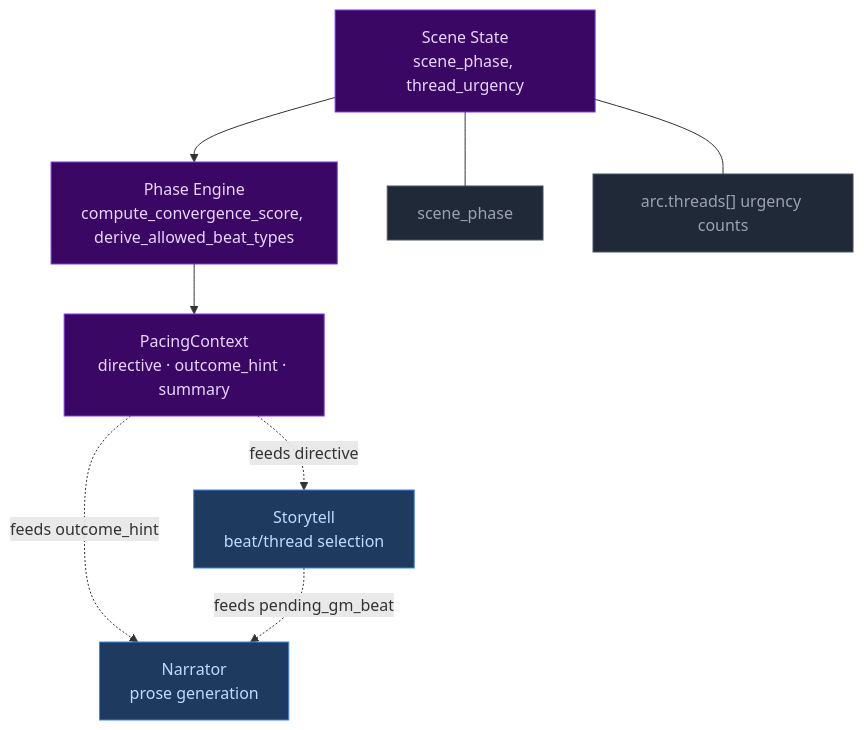
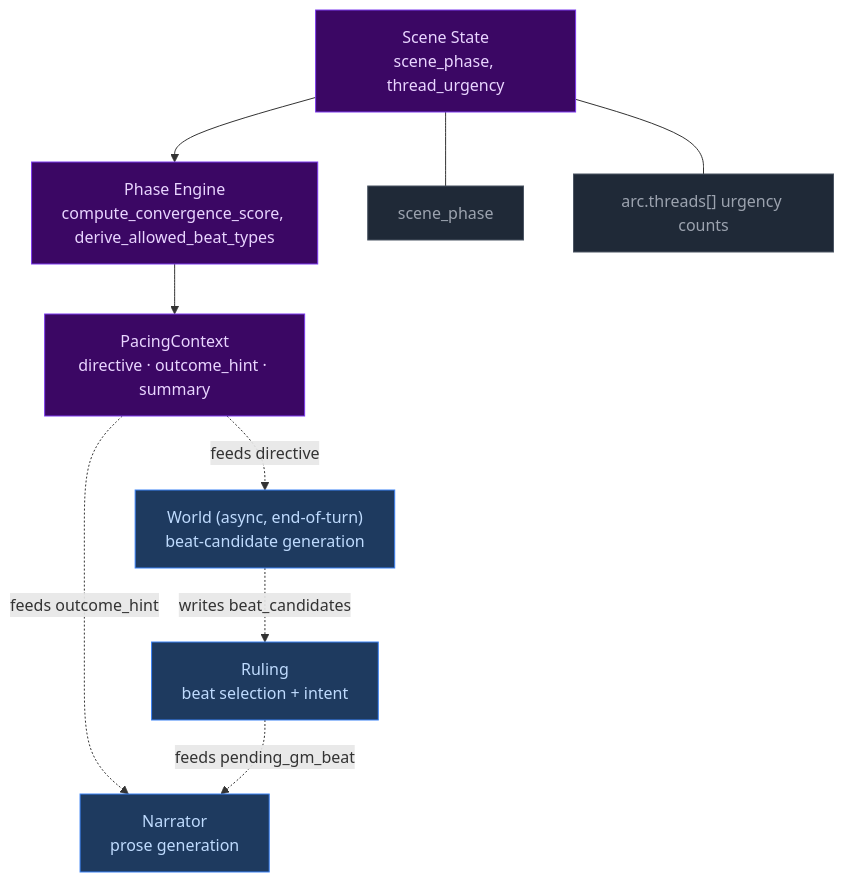
One commit to pww217/fablethread changed the first of 7 diagrams in docs/architecture/pacing-systems.md. Above: the diagram before and after it, drawn with Mermaid. The commit also changed other lines of this file and 19 other files, not shown here.

First line of the commit message:
[beat-generation-split] review fixes: stream-key rename in server code + stale doc sweep

````diff
--- a/docs/architecture/pacing-systems.md
+++ b/docs/architecture/pacing-systems.md
@@ -9,20 +9,22 @@
 ```mermaid
 flowchart TD
     classDef system fill:#3b0764,color:#e9d5ff,stroke:#7c3aed,strokeWidth:2px
     classDef shared fill:#1f2937,color:#9ca3af,stroke:#4b5563,strokeWidth:1px
     classDef output fill:#1e3a5f,color:#bfdbfe,stroke:#3b82f6
 
     S["Scene State<br>scene_phase, thread_urgency"]:::system
     PE["Phase Engine<br>compute_convergence_score, derive_allowed_beat_types"]:::system
     PC["PacingContext<br>directive · outcome_hint · summary"]:::system
     N["Narrator<br>prose generation"]:::output
-    SB["Storytell<br>beat/thread selection"]:::output
+    W["World (async, end-of-turn)<br>beat-candidate generation"]:::output
+    R["Ruling<br>beat selection + intent"]:::output
 
     S --- shared1["scene_phase"]:::shared
     S --- shared2["arc.threads[] urgency counts"]:::shared
 
     S --> PE --> PC
     PC -. "feeds outcome_hint" .-> N
-    PC -. "feeds directive" .-> SB
-    SB -. "feeds pending_gm_beat" .-> N
+    PC -. "feeds directive" .-> W
+    W -. "writes beat_candidates" .-> R
+    R -. "feeds pending_gm_beat" .-> N
 ```
````
